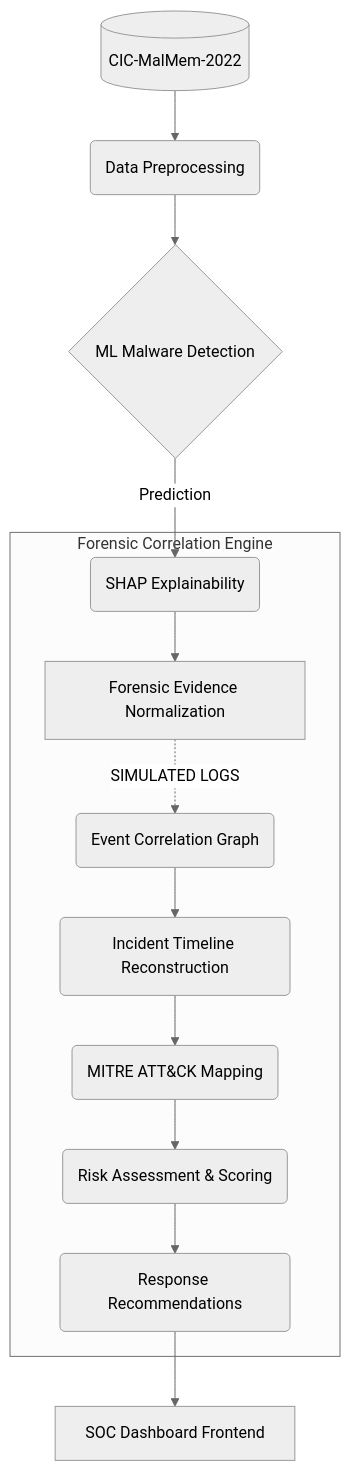
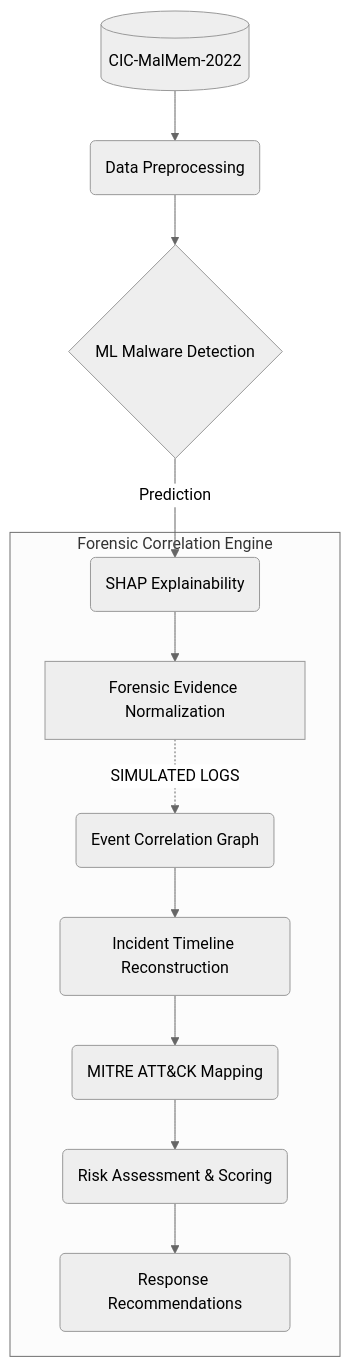
The diagram in README.md (CHAITHANYAHEGDE/SecureShield), drawn with Mermaid (neutral theme) before and after one commit. The commit also changed other lines of this file and 38 other files, not shown here.

````diff
--- a/README.md
+++ b/README.md
@@ -64,17 +52,15 @@
 ```mermaid
 flowchart TD
     A[(CIC-MalMem-2022)] --> B(Data Preprocessing)
     B --> C{ML Malware Detection}
     C -->|Prediction| D(SHAP Explainability)
     
     subgraph Forensic Correlation Engine
     D --> E[Forensic Evidence Normalization]
     E -. SIMULATED LOGS .-> F(Event Correlation Graph)
     F --> G(Incident Timeline Reconstruction)
     G --> H(MITRE ATT&CK Mapping)
     H --> I(Risk Assessment & Scoring)
     I --> J(Response Recommendations)
     end
-    
-    J --> K[SOC Dashboard Frontend]
 ```
````
